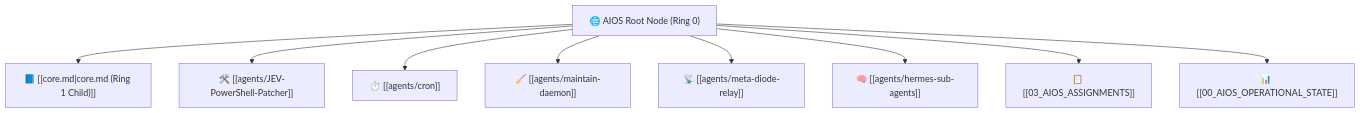
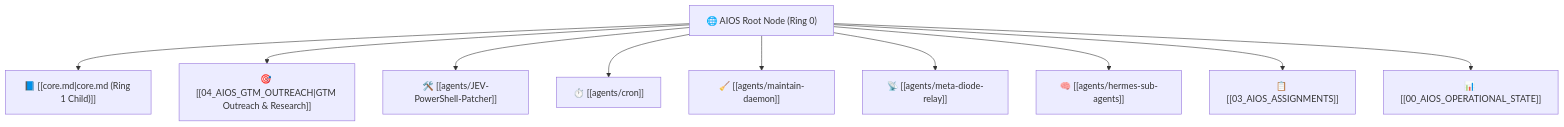
The diagram in vault/00_AIOS_ROOT.md (aleshna21-ctrl/my-new-website), drawn with Mermaid before and after one commit. The commit also changed other lines of this file and 171 other files, not shown here.

````diff
--- a/vault/00_AIOS_ROOT.md
+++ b/vault/00_AIOS_ROOT.md
@@ -32,12 +32,13 @@
 ```mermaid
 graph TD
     ROOT["🌐 AIOS Root Node (Ring 0)"]
     ROOT --> CORE["📘 [[core.md|core.md (Ring 1 Child)]]"]
+    ROOT --> GTM["🎯 [[04_AIOS_GTM_OUTREACH|GTM Outreach & Research]]"]
     ROOT --> AG1["🛠️ [[agents/JEV-PowerShell-Patcher]]"]
     ROOT --> AG2["⏱️ [[agents/cron]]"]
     ROOT --> AG3["🧹 [[agents/maintain-daemon]]"]
     ROOT --> AG4["📡 [[agents/meta-diode-relay]]"]
     ROOT --> AG5["🧠 [[agents/hermes-sub-agents]]"]
     ROOT --> ASSIGN["📋 [[03_AIOS_ASSIGNMENTS]]"]
     ROOT --> STATE["📊 [[00_AIOS_OPERATIONAL_STATE]]"]
 ```
````
